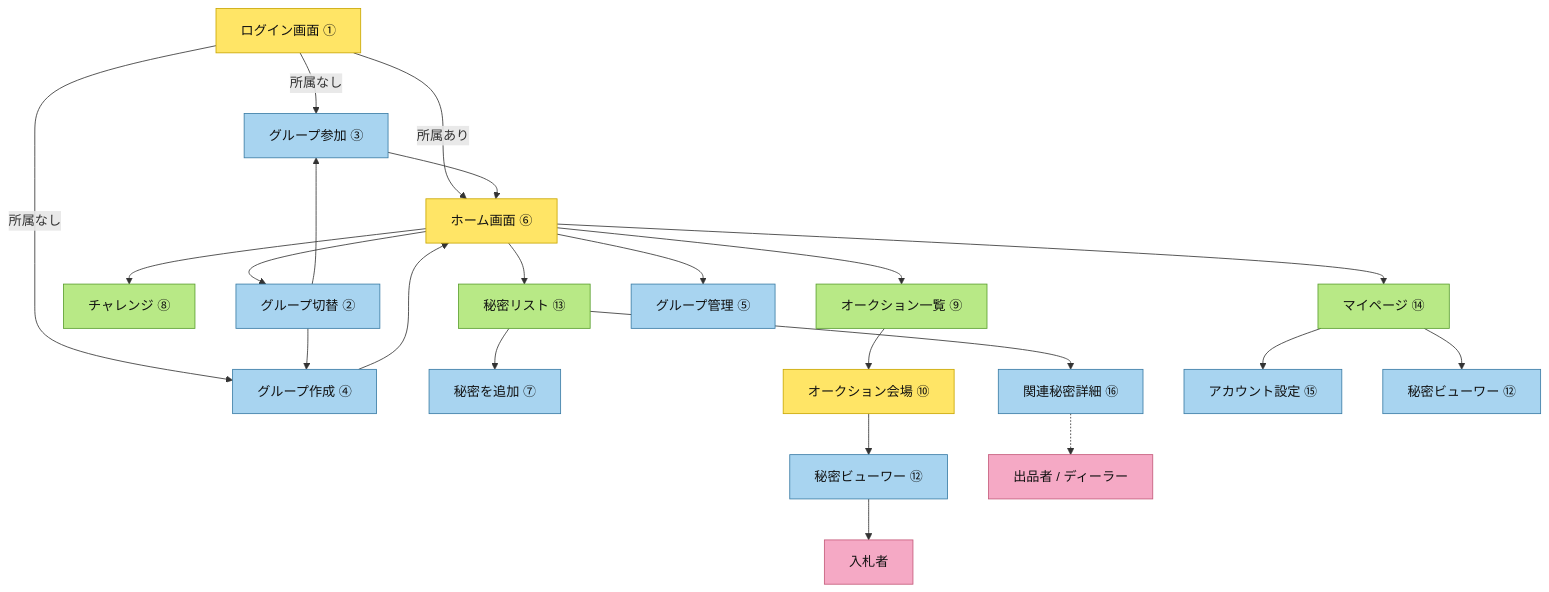
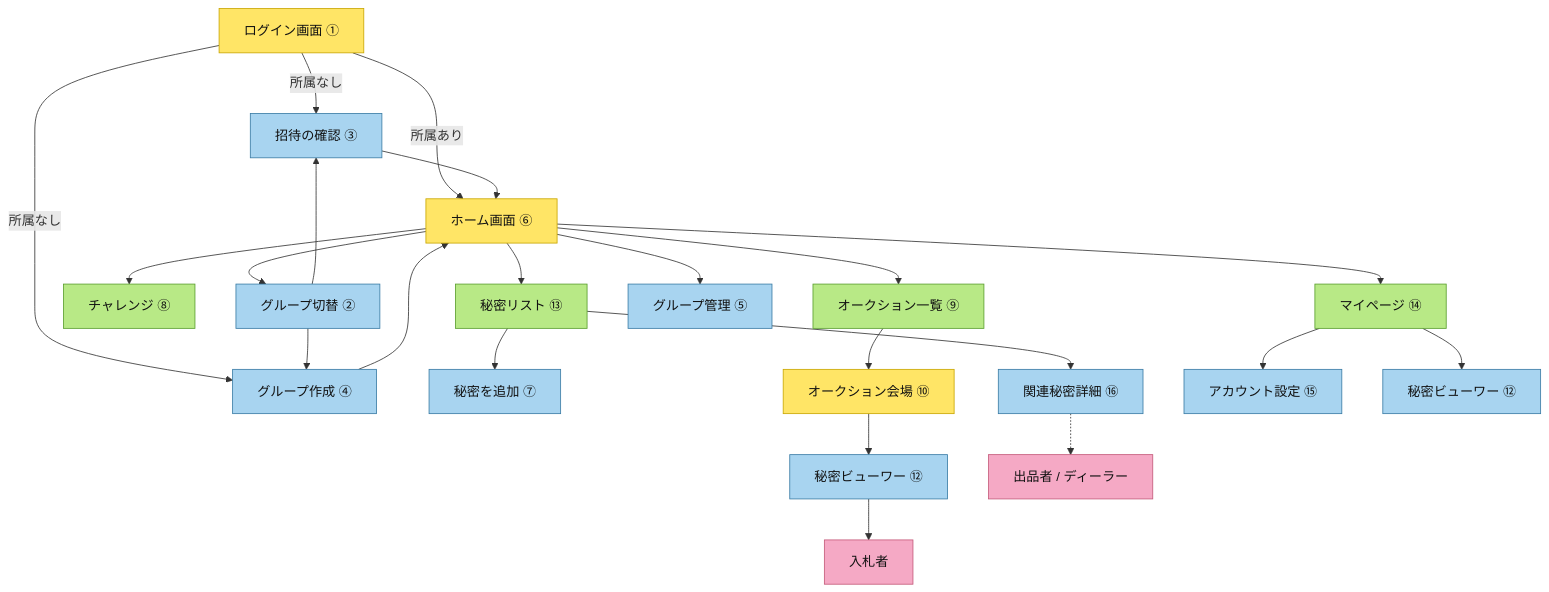
Before and after one commit to t161121t/watnow-team-dokidoki: the diagram in docs/画面.md, drawn with Mermaid. The commit also changed other lines of this file and 7 other files, not shown here.

````diff
--- a/docs/画面.md
+++ b/docs/画面.md
@@ -78,36 +78,36 @@
 ```mermaid
 flowchart TB
   classDef yellow fill:#FFE566,stroke:#C9A600,color:#111
   classDef green fill:#B8E986,stroke:#5A9E2E,color:#111
   classDef blue fill:#A8D4F0,stroke:#3A7CA5,color:#111
   classDef pink fill:#F5A9C5,stroke:#C45A7A,color:#111
 
   L[ログイン画面 ①]:::yellow
-  L -->|所属なし| J[グループ参加 ③]:::blue
+  L -->|所属なし| J[招待の確認 ③]:::blue
   L -->|所属なし| N[グループ作成 ④]:::blue
   L -->|所属あり| H[ホーム画面 ⑥]:::yellow
   J --> H
   N --> H
 
   H --> S[秘密リスト ⑬]:::green
   H --> C[チャレンジ ⑧]:::green
   H --> A[オークション一覧 ⑨]:::green
   H --> M[マイページ ⑭]:::green
 
   S --> ADD[秘密を追加 ⑦]:::blue
   S --> REL[関連秘密詳細 ⑯]:::blue
   A --> VENUE[オークション会場 ⑩]:::yellow
   VENUE --> V1[秘密ビューワー ⑫]:::blue
   M --> SET[アカウント設定 ⑮]:::blue
   M --> V2[秘密ビューワー ⑫]:::blue
 
   H --> G0[グループ切替 ②]:::blue
   G0 --> J
   G0 --> N
   H --> G2[グループ管理 ⑤]:::blue
 
   R1[出品者 / ディーラー]:::pink
   R2[入札者]:::pink
   REL -.-> R1
   V1 --> R2
 ```
````
